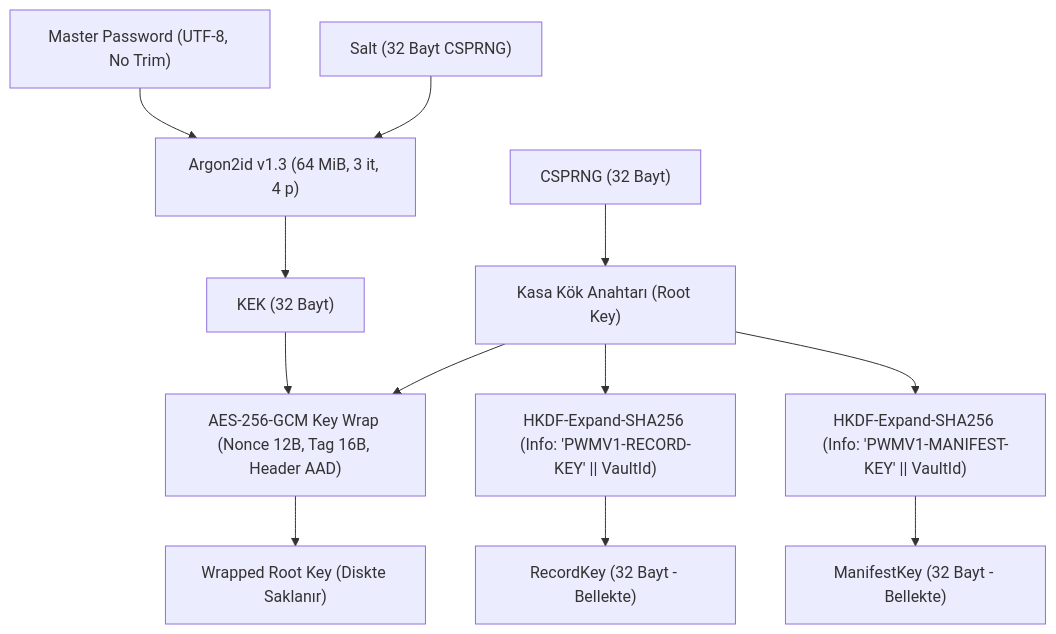
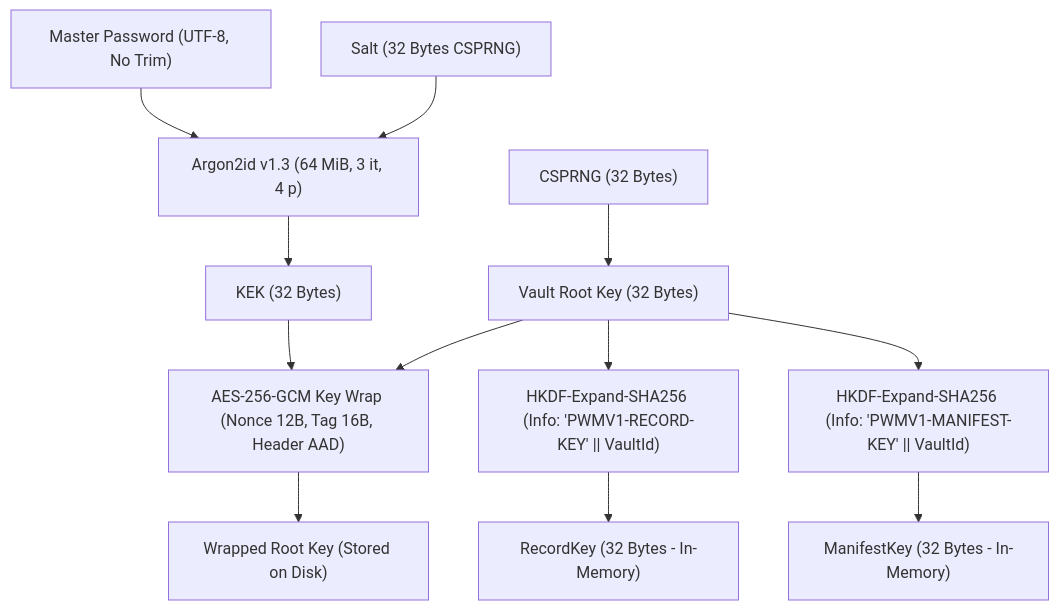
The diagram in docs/VAULT_FORMAT.md (bygones34/password-manager), drawn with Mermaid before and after one commit. The commit also changed other lines of this file and 11 other files, not shown here.

````diff
--- a/docs/VAULT_FORMAT.md
+++ b/docs/VAULT_FORMAT.md
@@ -51,17 +51,17 @@
 ```mermaid
 flowchart TD
     MP["Master Password (UTF-8, No Trim)"] --> KDF["Argon2id v1.3 (64 MiB, 3 it, 4 p)"]
-    Salt["Salt (32 Bayt CSPRNG)"] --> KDF
-    KDF --> KEK["KEK (32 Bayt)"]
+    Salt["Salt (32 Bytes CSPRNG)"] --> KDF
+    KDF --> KEK["KEK (32 Bytes)"]
 
-    CSPRNG_RK["CSPRNG (32 Bayt)"] --> RootKey["Kasa Kök Anahtarı (Root Key)"]
+    CSPRNG_RK["CSPRNG (32 Bytes)"] --> RootKey["Vault Root Key (32 Bytes)"]
     RootKey --> Wrap["AES-256-GCM Key Wrap (Nonce 12B, Tag 16B, Header AAD)"]
     KEK --> Wrap
-    Wrap --> WrappedRK["Wrapped Root Key (Diskte Saklanır)"]
+    Wrap --> WrappedRK["Wrapped Root Key (Stored on Disk)"]
 
     RootKey --> HKDF1["HKDF-Expand-SHA256 (Info: 'PWMV1-RECORD-KEY' || VaultId)"]
     RootKey --> HKDF2["HKDF-Expand-SHA256 (Info: 'PWMV1-MANIFEST-KEY' || VaultId)"]
 
-    HKDF1 --> RecordKey["RecordKey (32 Bayt - Bellekte)"]
-    HKDF2 --> ManifestKey["ManifestKey (32 Bayt - Bellekte)"]
+    HKDF1 --> RecordKey["RecordKey (32 Bytes - In-Memory)"]
+    HKDF2 --> ManifestKey["ManifestKey (32 Bytes - In-Memory)"]
 ```
````
